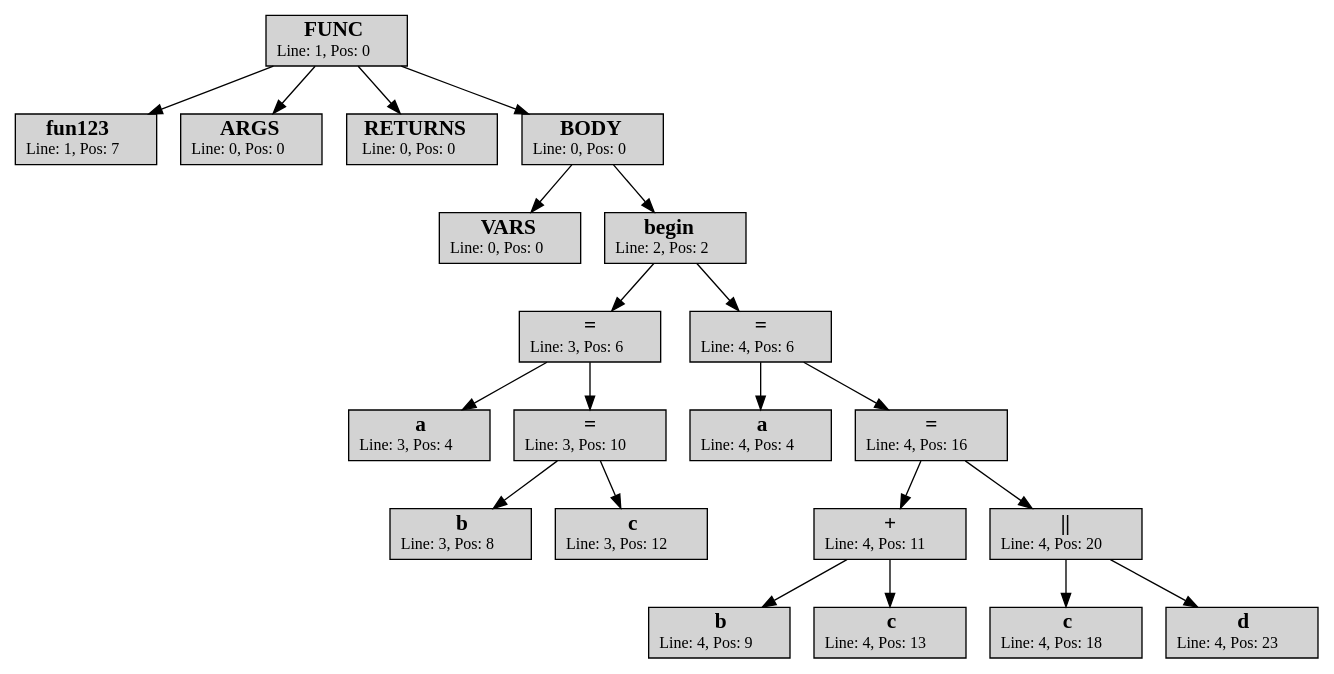
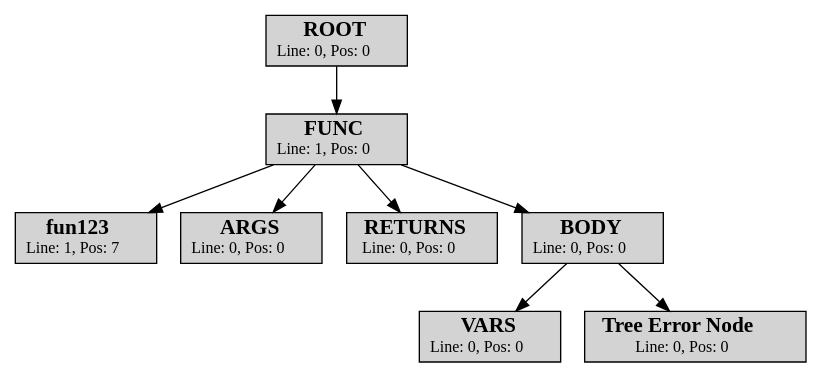
One commit to klephron/itmo changed the diagram in Year-5/System-software/lab-1/io/output.dot. Above: the diagram before and after it, drawn with Graphviz. The commit also changed 3 other files, not shown here.

```diff
--- a/Year-5/System-software/lab-1/io/output.dot
+++ b/Year-5/System-software/lab-1/io/output.dot
@@ -1,44 +1,18 @@
 strict digraph AST{
 node [shape=rect, style=filled]
-id_1[label=< <FONT POINT-SIZE="16"><b>FUNC</b></FONT><br/><FONT POINT-SIZE="12">Line: 1, Pos: 0</FONT> >]
-id_2[label=< <FONT POINT-SIZE="16"><b>fun123</b></FONT><br/><FONT POINT-SIZE="12">Line: 1, Pos: 7</FONT> >]
-id_3[label=< <FONT POINT-SIZE="16"><b>ARGS</b></FONT><br/><FONT POINT-SIZE="12">Line: 0, Pos: 0</FONT> >]
-id_4[label=< <FONT POINT-SIZE="16"><b>RETURNS</b></FONT><br/><FONT POINT-SIZE="12">Line: 0, Pos: 0</FONT> >]
-id_5[label=< <FONT POINT-SIZE="16"><b>BODY</b></FONT><br/><FONT POINT-SIZE="12">Line: 0, Pos: 0</FONT> >]
-id_6[label=< <FONT POINT-SIZE="16"><b>VARS</b></FONT><br/><FONT POINT-SIZE="12">Line: 0, Pos: 0</FONT> >]
-id_7[label=< <FONT POINT-SIZE="16"><b>begin</b></FONT><br/><FONT POINT-SIZE="12">Line: 2, Pos: 2</FONT> >]
-id_8[label=< <FONT POINT-SIZE="16"><b>=</b></FONT><br/><FONT POINT-SIZE="12">Line: 3, Pos: 6</FONT> >]
-id_9[label=< <FONT POINT-SIZE="16"><b>a</b></FONT><br/><FONT POINT-SIZE="12">Line: 3, Pos: 4</FONT> >]
-id_10[label=< <FONT POINT-SIZE="16"><b>=</b></FONT><br/><FONT POINT-SIZE="12">Line: 3, Pos: 10</FONT> >]
-id_11[label=< <FONT POINT-SIZE="16"><b>b</b></FONT><br/><FONT POINT-SIZE="12">Line: 3, Pos: 8</FONT> >]
-id_12[label=< <FONT POINT-SIZE="16"><b>c</b></FONT><br/><FONT POINT-SIZE="12">Line: 3, Pos: 12</FONT> >]
-id_13[label=< <FONT POINT-SIZE="16"><b>=</b></FONT><br/><FONT POINT-SIZE="12">Line: 4, Pos: 6</FONT> >]
-id_14[label=< <FONT POINT-SIZE="16"><b>a</b></FONT><br/><FONT POINT-SIZE="12">Line: 4, Pos: 4</FONT> >]
-id_15[label=< <FONT POINT-SIZE="16"><b>=</b></FONT><br/><FONT POINT-SIZE="12">Line: 4, Pos: 16</FONT> >]
-id_16[label=< <FONT POINT-SIZE="16"><b>+</b></FONT><br/><FONT POINT-SIZE="12">Line: 4, Pos: 11</FONT> >]
-id_17[label=< <FONT POINT-SIZE="16"><b>b</b></FONT><br/><FONT POINT-SIZE="12">Line: 4, Pos: 9</FONT> >]
-id_18[label=< <FONT POINT-SIZE="16"><b>c</b></FONT><br/><FONT POINT-SIZE="12">Line: 4, Pos: 13</FONT> >]
-id_19[label=< <FONT POINT-SIZE="16"><b>||</b></FONT><br/><FONT POINT-SIZE="12">Line: 4, Pos: 20</FONT> >]
-id_20[label=< <FONT POINT-SIZE="16"><b>c</b></FONT><br/><FONT POINT-SIZE="12">Line: 4, Pos: 18</FONT> >]
-id_21[label=< <FONT POINT-SIZE="16"><b>d</b></FONT><br/><FONT POINT-SIZE="12">Line: 4, Pos: 23</FONT> >]
+id_1[label=< <FONT POINT-SIZE="16"><b>ROOT</b></FONT><br/><FONT POINT-SIZE="12">Line: 0, Pos: 0</FONT> >]
+id_2[label=< <FONT POINT-SIZE="16"><b>FUNC</b></FONT><br/><FONT POINT-SIZE="12">Line: 1, Pos: 0</FONT> >]
+id_3[label=< <FONT POINT-SIZE="16"><b>fun123</b></FONT><br/><FONT POINT-SIZE="12">Line: 1, Pos: 7</FONT> >]
+id_4[label=< <FONT POINT-SIZE="16"><b>ARGS</b></FONT><br/><FONT POINT-SIZE="12">Line: 0, Pos: 0</FONT> >]
+id_5[label=< <FONT POINT-SIZE="16"><b>RETURNS</b></FONT><br/><FONT POINT-SIZE="12">Line: 0, Pos: 0</FONT> >]
+id_6[label=< <FONT POINT-SIZE="16"><b>BODY</b></FONT><br/><FONT POINT-SIZE="12">Line: 0, Pos: 0</FONT> >]
+id_7[label=< <FONT POINT-SIZE="16"><b>VARS</b></FONT><br/><FONT POINT-SIZE="12">Line: 0, Pos: 0</FONT> >]
+id_8[label=< <FONT POINT-SIZE="16"><b>Tree Error Node</b></FONT><br/><FONT POINT-SIZE="12">Line: 0, Pos: 0</FONT> >]
+id_2 -> id_3
+id_2 -> id_4
+id_2 -> id_5
+id_6 -> id_7
+id_6 -> id_8
+id_2 -> id_6
 id_1 -> id_2
-id_1 -> id_3
-id_1 -> id_4
-id_5 -> id_6
-id_8 -> id_9
-id_10 -> id_11
-id_10 -> id_12
-id_8 -> id_10
-id_7 -> id_8
-id_13 -> id_14
-id_16 -> id_17
-id_16 -> id_18
-id_15 -> id_16
-id_19 -> id_20
-id_19 -> id_21
-id_15 -> id_19
-id_13 -> id_15
-id_7 -> id_13
-id_5 -> id_7
-id_1 -> id_5
 }
```
